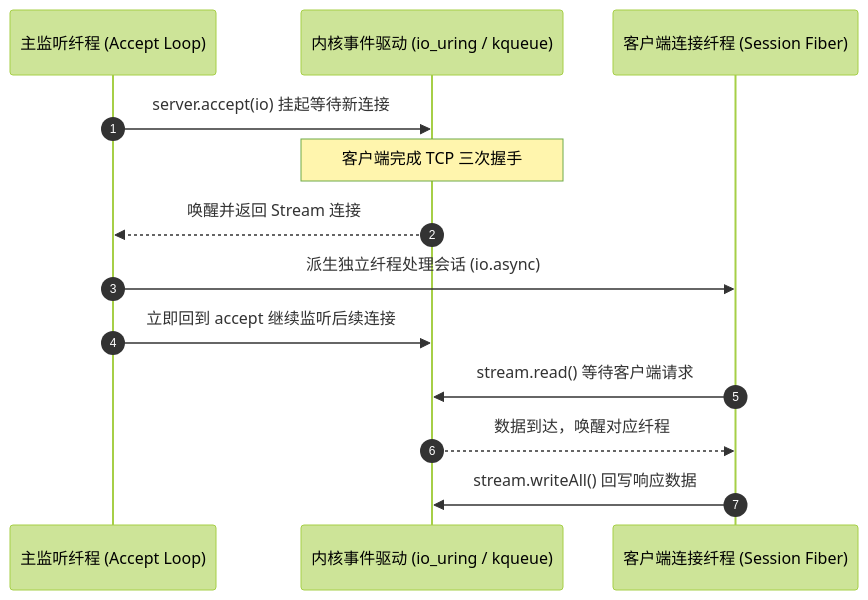
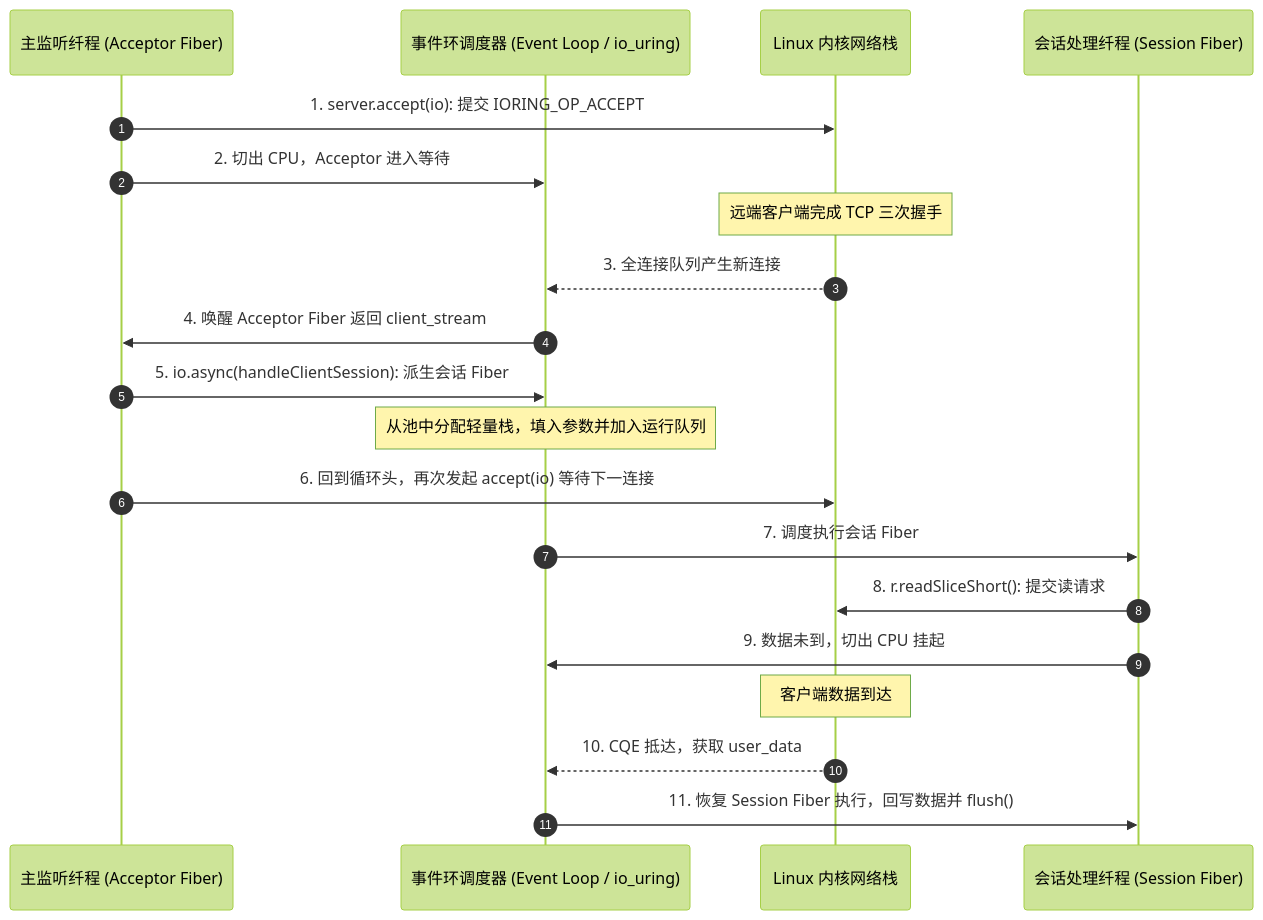
One commit to jiacai2050/x changed the diagram in zig-io/src/practices/practice-echo-server.md. Above: the diagram before and after it, drawn with Mermaid (forest theme). The commit also changed other lines of this file and 28 other files, not shown here.

````diff
--- a/zig-io/src/practices/practice-echo-server.md
+++ b/zig-io/src/practices/practice-echo-server.md
@@ -11,16 +11,25 @@
 ```mermaid
 sequenceDiagram
     autonumber
-    participant Acceptor as 主监听纤程 (Accept Loop)
-    participant Kernel as 内核事件驱动 (io_uring / kqueue)
-    participant Worker as 客户端连接纤程 (Session Fiber)
+    participant Acceptor as 主监听纤程 (Acceptor Fiber)
+    participant Sched as 事件环调度器 (Event Loop / io_uring)
+    participant Kernel as Linux 内核网络栈
+    participant Session as 会话处理纤程 (Session Fiber)
 
-    Acceptor->>Kernel: server.accept(io) 挂起等待新连接
-    Note over Kernel: 客户端完成 TCP 三次握手
-    Kernel-->>Acceptor: 唤醒并返回 Stream 连接
-    Acceptor->>Worker: 派生独立纤程处理会话 (io.async)
-    Acceptor->>Kernel: 立即回到 accept 继续监听后续连接
-    Worker->>Kernel: stream.read() 等待客户端请求
-    Kernel-->>Worker: 数据到达，唤醒对应纤程
-    Worker->>Kernel: stream.writeAll() 回写响应数据
+    Acceptor->>Kernel: 1. server.accept(io): 提交 IORING_OP_ACCEPT
+    Acceptor->>Sched: 2. 切出 CPU，Acceptor 进入等待
+    Note over Kernel: 远端客户端完成 TCP 三次握手
+    Kernel-->>Sched: 3. 全连接队列产生新连接
+    Sched->>Acceptor: 4. 唤醒 Acceptor Fiber 返回 client_stream
+    
+    Acceptor->>Sched: 5. io.async(handleClientSession): 派生会话 Fiber
+    Note over Sched: 从池中分配轻量栈，填入参数并加入运行队列
+    Acceptor->>Kernel: 6. 回到循环头，再次发起 accept(io) 等待下一连接
+    
+    Sched->>Session: 7. 调度执行会话 Fiber
+    Session->>Kernel: 8. r.readSliceShort(): 提交读请求
+    Session->>Sched: 9. 数据未到，切出 CPU 挂起
+    Note over Kernel: 客户端数据到达
+    Kernel-->>Sched: 10. CQE 抵达，获取 user_data
+    Sched->>Session: 11. 恢复 Session Fiber 执行，回写数据并 flush()
 ```
````
